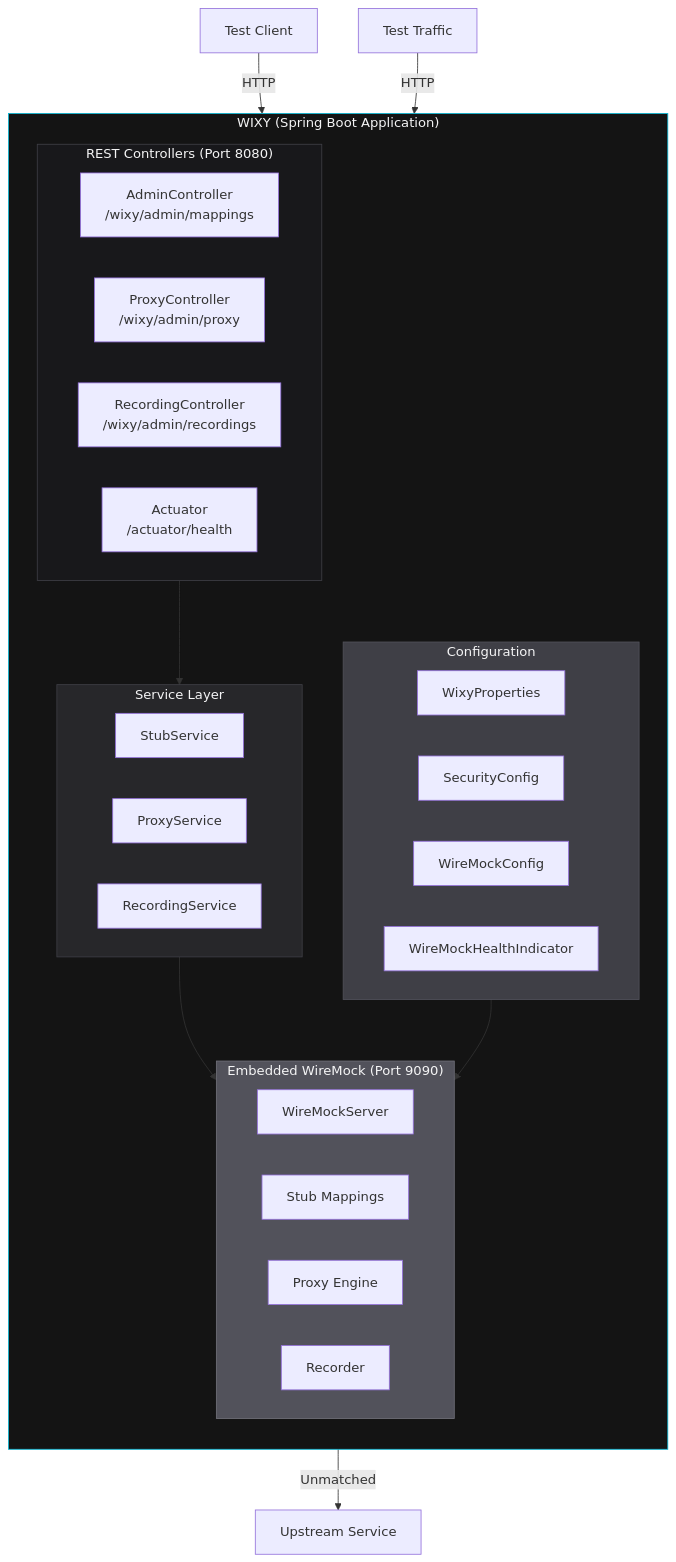
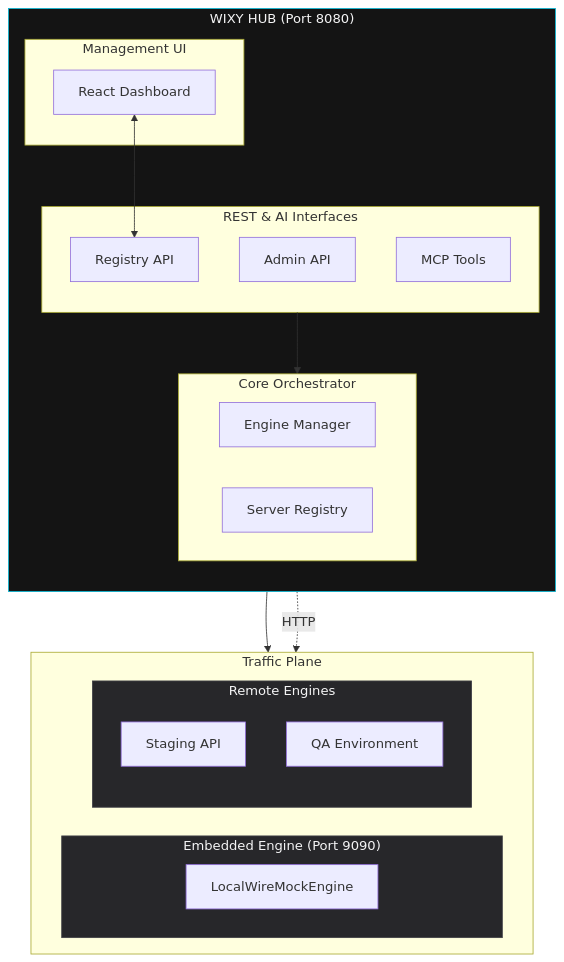
Before and after one commit to vinipx/wixy: the diagram in documentation/docs/architecture/overview.md, drawn with Mermaid. The commit also changed other lines of this file and 10 other files, not shown here.

First line of the commit message:
docs: add guide and docker-compose for deploying remote engines

````diff
--- a/documentation/docs/architecture/overview.md
+++ b/documentation/docs/architecture/overview.md
@@ -12,47 +12,41 @@
 ```mermaid
 graph TB
-    subgraph WIXY["WIXY (Spring Boot Application)"]
+    subgraph WIXY_HUB["WIXY HUB (Port 8080)"]
         direction TB
         
-        subgraph Controllers["REST Controllers (Port 8080)"]
-            AC[AdminController<br/>/wixy/admin/mappings]
-            PC[ProxyController<br/>/wixy/admin/proxy]
-            RC[RecordingController<br/>/wixy/admin/recordings]
-            HC[Actuator<br/>/actuator/health]
+        subgraph UI["Management UI"]
+            DB[React Dashboard]
+        end
+
+        subgraph Controllers["REST & AI Interfaces"]
+            AC[Admin API]
+            RE[Registry API]
+            MC[MCP Tools]
         end
         
-        subgraph Services["Service Layer"]
-            SS[StubService]
-            PS[ProxyService]
-            RS[RecordingService]
+        subgraph Management["Core Orchestrator"]
+            EM[Engine Manager]
+            RS[Server Registry]
         end
-        
-        subgraph Config["Configuration"]
-            WP[WixyProperties]
-            SC[SecurityConfig]
-            WC[WireMockConfig]
-            HI[WireMockHealthIndicator]
+    end
+
+    subgraph TrafficPlane["Traffic Plane"]
+        direction LR
+        subgraph LOCAL["Embedded Engine (Port 9090)"]
+            LE[LocalWireMockEngine]
         end
-        
-        subgraph Engine["Embedded WireMock (Port 9090)"]
-            WM[WireMockServer]
-            SM[Stub Mappings]
-            PE[Proxy Engine]
-            RR[Recorder]
+        subgraph REMOTE["Remote Engines"]
+            RE1[Staging API]
+            RE2[QA Environment]
         end
     end
     
-    Client["Test Client"] -->|HTTP| Controllers
-    TestTraffic["Test Traffic"] -->|HTTP| Engine
-    Engine -->|Unmatched| Upstream["Upstream Service"]
+    DB <--> RE
+    Controllers --> Management
+    Management --> LE
+    Management -. HTTP .-> REMOTE
     
-    Controllers --> Services
-    Services --> Engine
-    Config --> Engine
-    
-    style WIXY fill:#141414,stroke:#06b6d4,color:#f4f4f5
-    style Controllers fill:#18181b,stroke:#3f3f46,color:#f4f4f5
-    style Services fill:#27272a,stroke:#3f3f46,color:#f4f4f5
-    style Config fill:#3f3f46,stroke:#52525b,color:#f4f4f5
-    style Engine fill:#52525b,stroke:#71717a,color:#f4f4f5
+    style WIXY_HUB fill:#141414,stroke:#06b6d4,color:#f4f4f5
+    style LOCAL fill:#27272a,stroke:#3f3f46,color:#f4f4f5
+    style REMOTE fill:#27272a,stroke:#3f3f46,color:#f4f4f5
 ```
````
